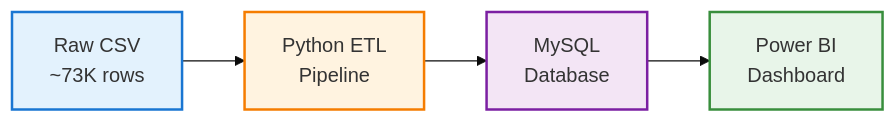
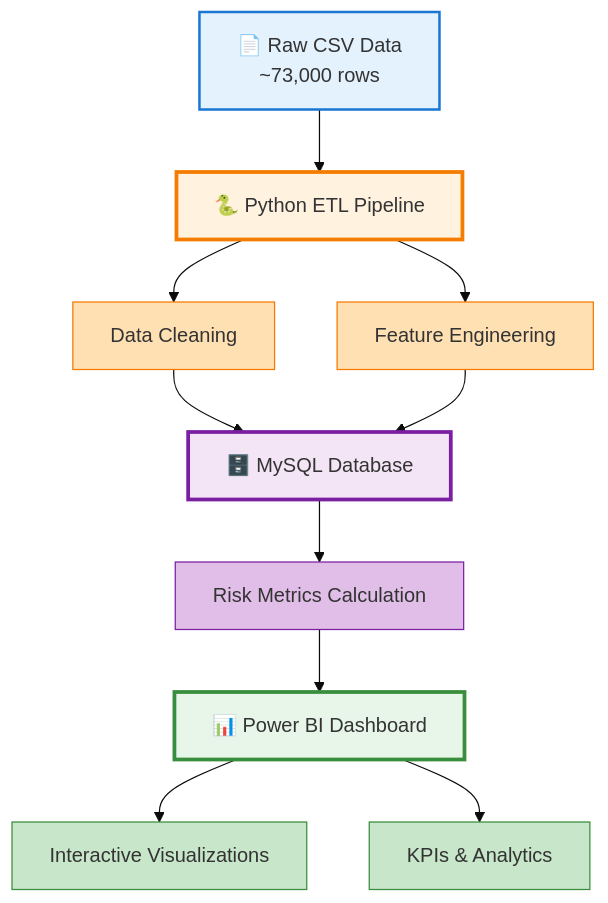
One commit to BigBeanTheory/Retails-Sales-Inventory-Analysis changed the diagram in README.md. Above: the diagram before and after it, drawn with Mermaid (base theme). The commit also changed other lines of this file, not shown here.

````diff
--- a/README.md
+++ b/README.md
@@ -41,11 +41,22 @@
 ```mermaid
-flowchart LR
-    A[Raw CSV<br/>~73K rows] --> B[Python ETL<br/>Pipeline]
-    B --> C[MySQL<br/>Database]
-    C --> D[Power BI<br/>Dashboard]
+flowchart TD
+    A[📄 Raw CSV Data<br/>~73,000 rows] --> B[🐍 Python ETL Pipeline]
+    B --> B1[Data Cleaning]
+    B --> B2[Feature Engineering]
+    B1 --> C
+    B2 --> C
+    C[🗄️ MySQL Database] --> C1[Risk Metrics Calculation]
+    C1 --> D[📊 Power BI Dashboard]
+    D --> D1[Interactive Visualizations]
+    D --> D2[KPIs & Analytics]
     
     style A fill:#e3f2fd,stroke:#1976d2,stroke-width:2px
-    style B fill:#fff3e0,stroke:#f57c00,stroke-width:2px
-    style C fill:#f3e5f5,stroke:#7b1fa2,stroke-width:2px
-    style D fill:#e8f5e9,stroke:#388e3c,stroke-width:2px
+    style B fill:#fff3e0,stroke:#f57c00,stroke-width:3px
+    style B1 fill:#ffe0b2,stroke:#f57c00,stroke-width:1px
+    style B2 fill:#ffe0b2,stroke:#f57c00,stroke-width:1px
+    style C fill:#f3e5f5,stroke:#7b1fa2,stroke-width:3px
+    style C1 fill:#e1bee7,stroke:#7b1fa2,stroke-width:1px
+    style D fill:#e8f5e9,stroke:#388e3c,stroke-width:3px
+    style D1 fill:#c8e6c9,stroke:#388e3c,stroke-width:1px
+    style D2 fill:#c8e6c9,stroke:#388e3c,stroke-width:1px
 ```
````
